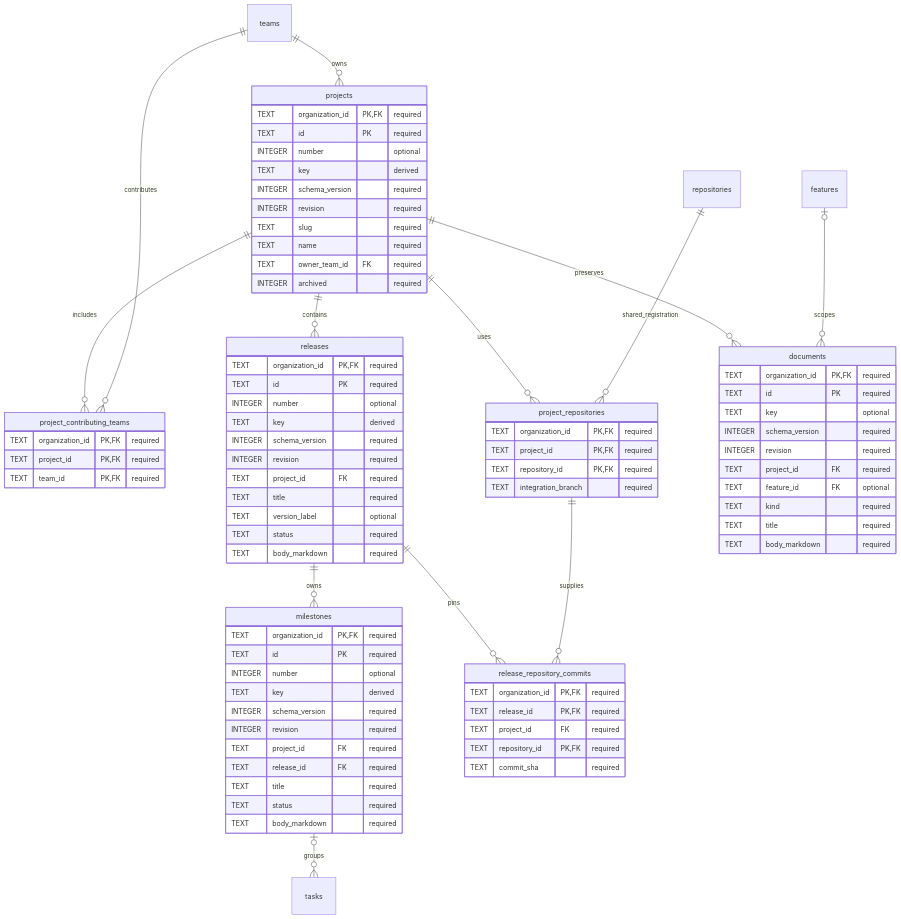
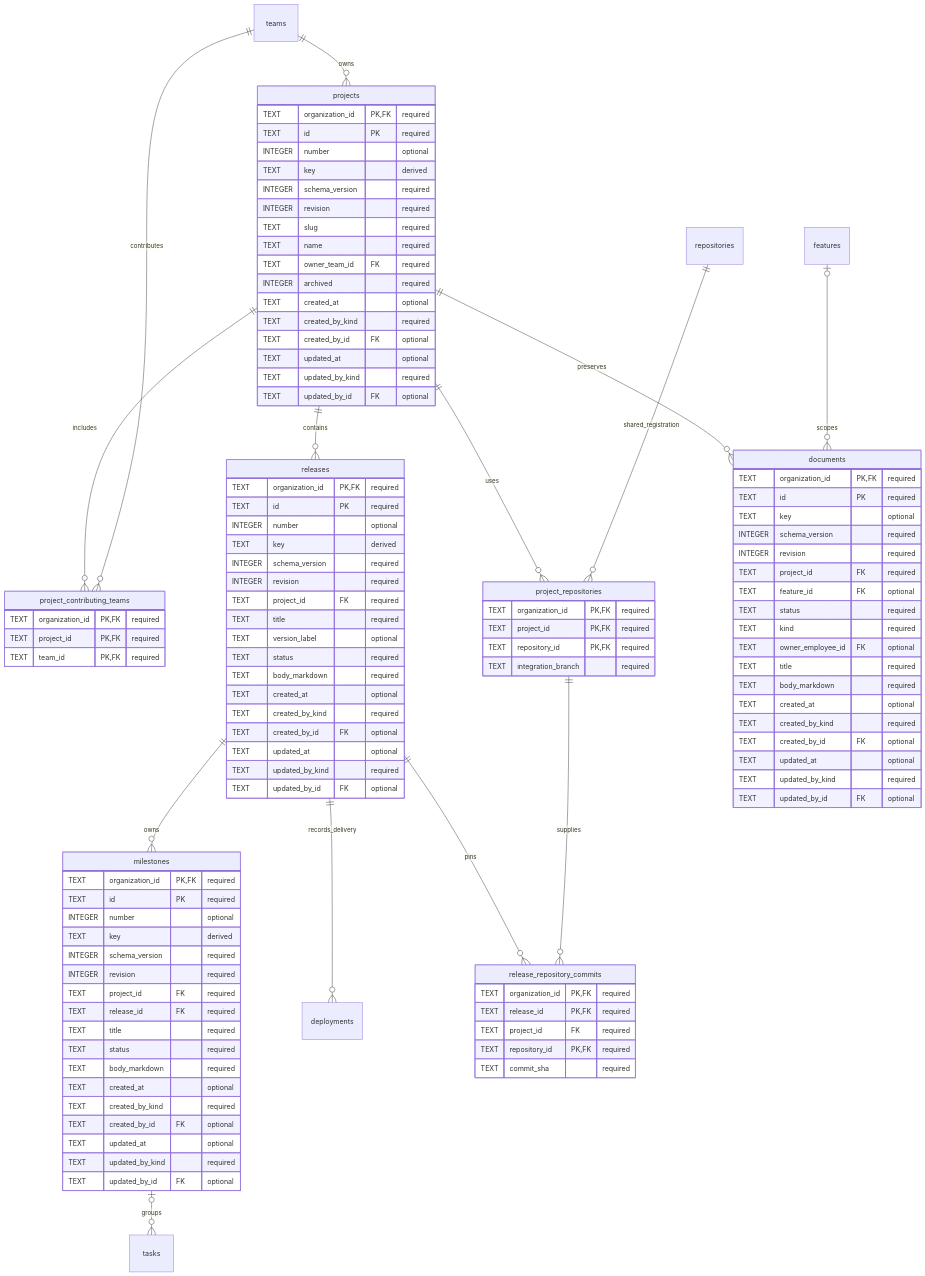
The diagram in docs/design/organization-data/02-project-structure.md (vgmello/agentic-org), drawn with Mermaid before and after one commit. The commit also changed other lines of this file and 9 other files, not shown here.

````diff
--- a/docs/design/organization-data/02-project-structure.md
+++ b/docs/design/organization-data/02-project-structure.md
@@ -13,6 +13,7 @@
     repositories ||--o{ project_repositories : shared_registration
     projects ||--o{ releases : contains
     releases ||--o{ milestones : owns
+    releases ||--o{ deployments : records_delivery
     releases ||--o{ release_repository_commits : pins
     project_repositories ||--o{ release_repository_commits : supplies
     milestones o|--o{ tasks : groups
@@ -29,6 +30,12 @@
         TEXT name "required"
         TEXT owner_team_id FK "required"
         INTEGER archived "required"
+        TEXT created_at "optional"
+        TEXT created_by_kind "required"
+        TEXT created_by_id FK "optional"
+        TEXT updated_at "optional"
+        TEXT updated_by_kind "required"
+        TEXT updated_by_id FK "optional"
     }
     project_contributing_teams {
         TEXT organization_id PK, FK "required"
@@ -53,6 +60,12 @@
         TEXT version_label "optional"
         TEXT status "required"
         TEXT body_markdown "required"
+        TEXT created_at "optional"
+        TEXT created_by_kind "required"
+        TEXT created_by_id FK "optional"
+        TEXT updated_at "optional"
+        TEXT updated_by_kind "required"
+        TEXT updated_by_id FK "optional"
     }
     release_repository_commits {
         TEXT organization_id PK, FK "required"
@@ -73,6 +86,12 @@
         TEXT title "required"
         TEXT status "required"
         TEXT body_markdown "required"
+        TEXT created_at "optional"
+        TEXT created_by_kind "required"
+        TEXT created_by_id FK "optional"
+        TEXT updated_at "optional"
+        TEXT updated_by_kind "required"
+        TEXT updated_by_id FK "optional"
     }
     documents {
         TEXT organization_id PK, FK "required"
@@ -82,8 +101,16 @@
         INTEGER revision "required"
         TEXT project_id FK "required"
         TEXT feature_id FK "optional"
+        TEXT status "required"
         TEXT kind "required"
+        TEXT owner_employee_id FK "optional"
         TEXT title "required"
         TEXT body_markdown "required"
+        TEXT created_at "optional"
+        TEXT created_by_kind "required"
+        TEXT created_by_id FK "optional"
+        TEXT updated_at "optional"
+        TEXT updated_by_kind "required"
+        TEXT updated_by_id FK "optional"
     }
 ```
````
